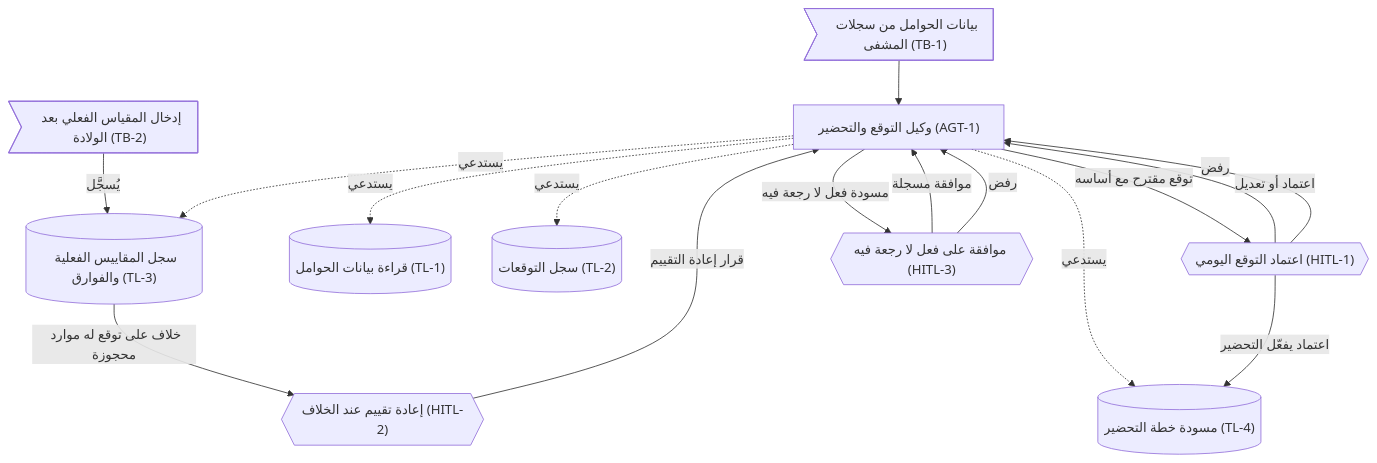
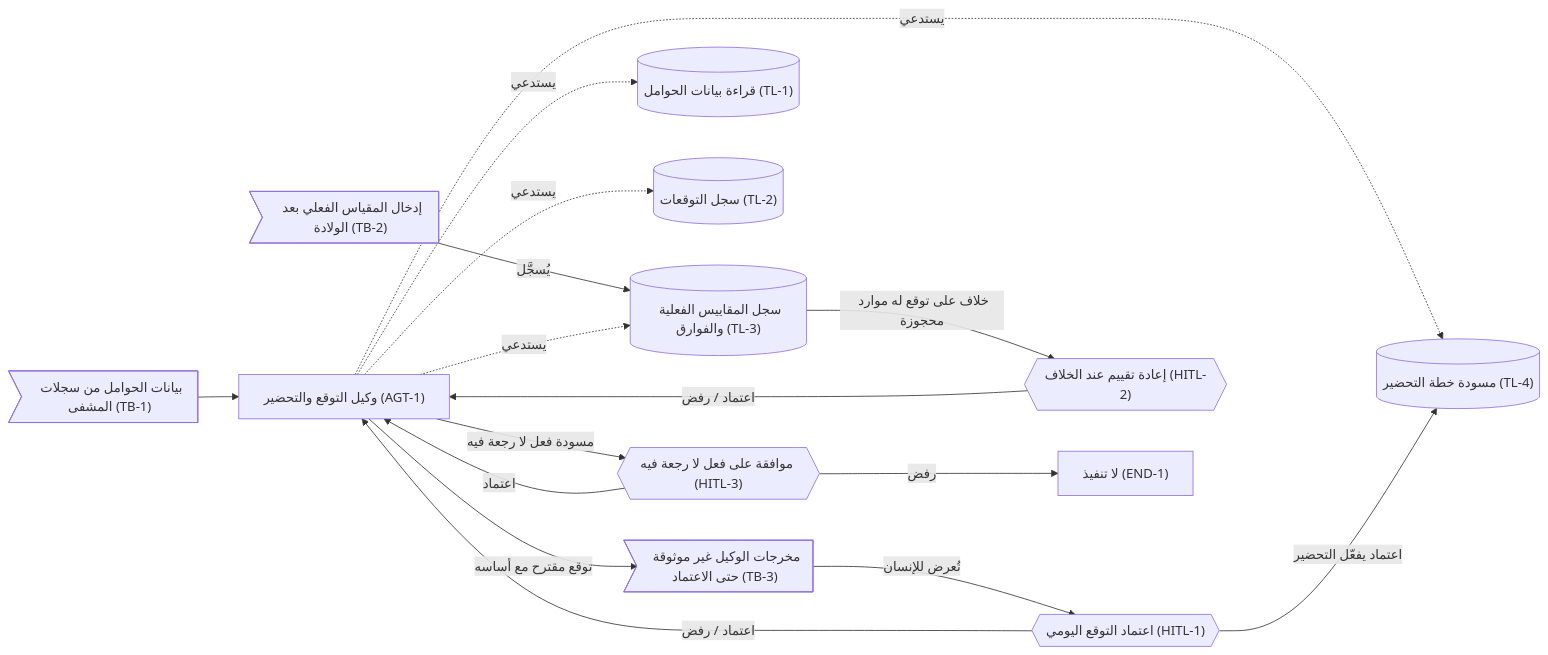
The diagram in AGENTE/AGENTE_s1_graph.mmd (samshalayel/my-office), drawn with Mermaid before and after one commit.

Commit message:
S1: تبسيط الجراف (DEC-8) — سهم راجع واحد لكل HITL، رفض HITL-3 → نهاية END-1، TB-3 على سهم AGT-1→HITL-1، اتجاه LR

```diff
--- a/AGENTE/AGENTE_s1_graph.mmd
+++ b/AGENTE/AGENTE_s1_graph.mmd
@@ -1,16 +1,16 @@
-flowchart TD
+flowchart LR
   TB1>"بيانات الحوامل من سجلات المشفى (TB-1)"] --> AGT1["وكيل التوقع والتحضير (AGT-1)"]
   TB2>"إدخال المقياس الفعلي بعد الولادة (TB-2)"] -->|"يُسجَّل"| TL3[("سجل المقاييس الفعلية والفوارق (TL-3)")]
   AGT1 -.->|"يستدعي"| TL1[("قراءة بيانات الحوامل (TL-1)")]
   AGT1 -.->|"يستدعي"| TL2[("سجل التوقعات (TL-2)")]
   AGT1 -.->|"يستدعي"| TL3
   AGT1 -.->|"يستدعي"| TL4[("مسودة خطة التحضير (TL-4)")]
-  AGT1 -->|"توقع مقترح مع أساسه"| HITL1{{"اعتماد التوقع اليومي (HITL-1)"}}
-  HITL1 -->|"اعتماد أو تعديل"| AGT1
-  HITL1 -->|"رفض"| AGT1
+  AGT1 -->|"توقع مقترح مع أساسه"| TB3>"مخرجات الوكيل غير موثوقة حتى الاعتماد (TB-3)"]
+  TB3 -->|"تُعرض للإنسان"| HITL1{{"اعتماد التوقع اليومي (HITL-1)"}}
+  HITL1 -->|"اعتماد / رفض"| AGT1
   HITL1 -->|"اعتماد يفعّل التحضير"| TL4
   TL3 -->|"خلاف على توقع له موارد محجوزة"| HITL2{{"إعادة تقييم عند الخلاف (HITL-2)"}}
-  HITL2 -->|"قرار إعادة التقييم"| AGT1
+  HITL2 -->|"اعتماد / رفض"| AGT1
   AGT1 -->|"مسودة فعل لا رجعة فيه"| HITL3{{"موافقة على فعل لا رجعة فيه (HITL-3)"}}
-  HITL3 -->|"موافقة مسجلة"| AGT1
-  HITL3 -->|"رفض"| AGT1
+  HITL3 -->|"اعتماد"| AGT1
+  HITL3 -->|"رفض"| END1["لا تنفيذ (END-1)"]
```
